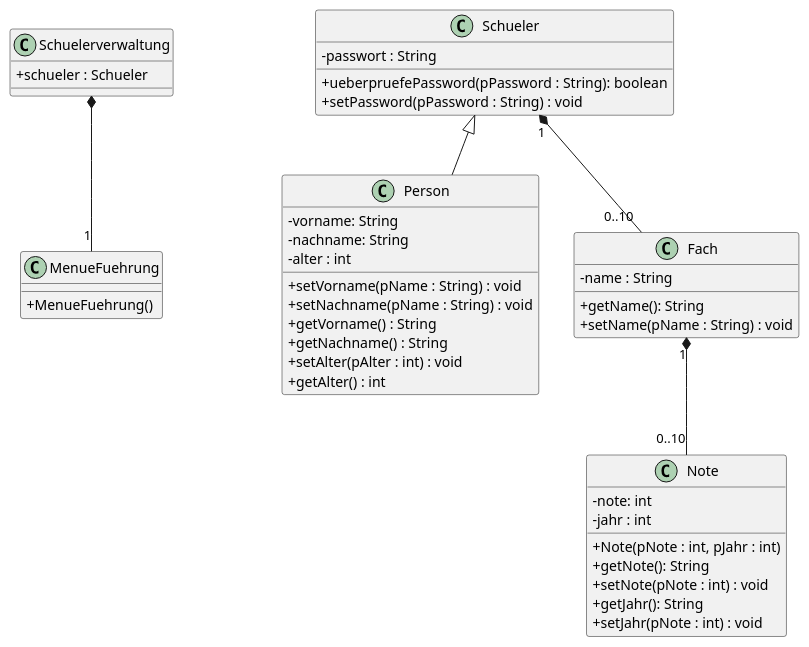
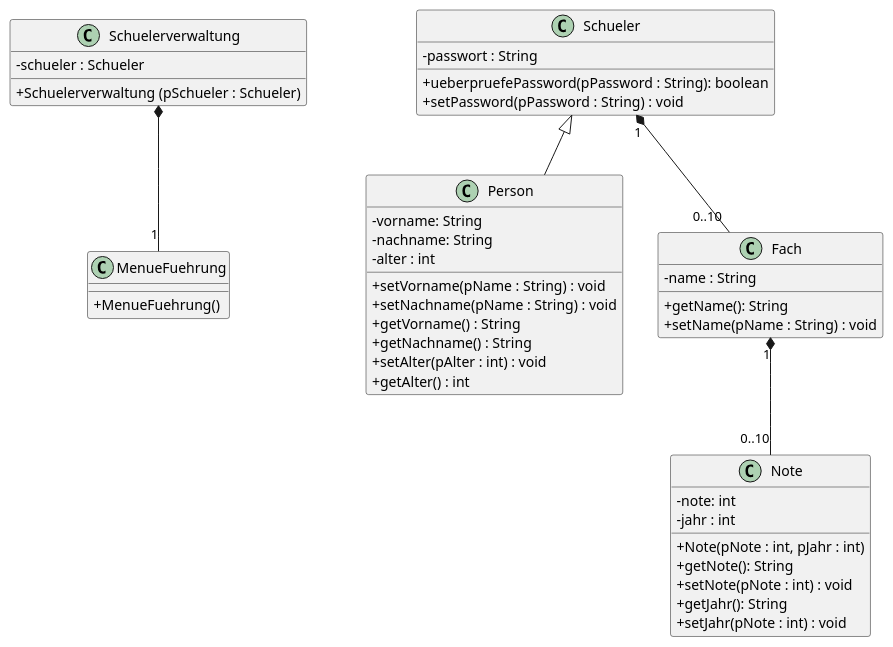
One commit to teach404W/agileProjekt_2_Java changed the diagram in Docs/Diagramme/Klassendiagramm.iuml. Above: the diagram before and after it, drawn with PlantUML. The commit also changed 5 other files, not shown here.

```diff
--- a/Docs/Diagramme/Klassendiagramm.iuml
+++ b/Docs/Diagramme/Klassendiagramm.iuml
@@ -1,59 +1,61 @@
 @startuml
 skinparam classAttributeIconSize 0
 
 class Schuelerverwaltung{
- +schueler : Schueler
+ -schueler : Schueler
+
+ + Schuelerverwaltung (pSchueler : Schueler)
 }
 
 
 
 class MenueFuehrung{
  +MenueFuehrung()
 }
 
 class Person{
  -vorname: String
  -nachname: String
  -alter : int
  +setVorname(pName : String) : void
  +setNachname(pName : String) : void
  +getVorname() : String
  +getNachname() : String
  +setAlter(pAlter : int) : void
  +getAlter() : int
 }
 
 
 
 class Fach{
  -name : String
  +getName(): String
  +setName(pName : String) : void
 }
 
 class Note{
  -note: int
  -jahr : int
  +Note(pNote : int, pJahr : int)
  +getNote(): String
  +setNote(pNote : int) : void
  +getJahr(): String
  +setJahr(pNote : int) : void
 }
 
 
 
 
 class Schueler{
   -passwort : String
   +ueberpruefePassword(pPassword : String): boolean
   +setPassword(pPassword : String) : void
 }
 
 
 Fach "1" *-- "0..10" Note
 Schuelerverwaltung  *-- "1" MenueFuehrung
 Schueler "1" *-- "0..10" Fach
 Schueler <|-- Person
 
 @enduml
```
